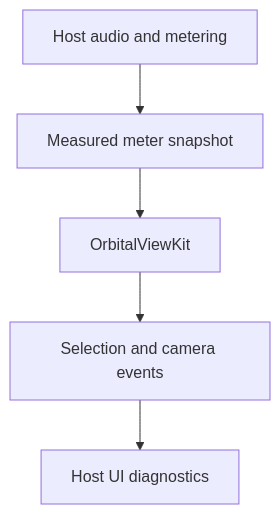
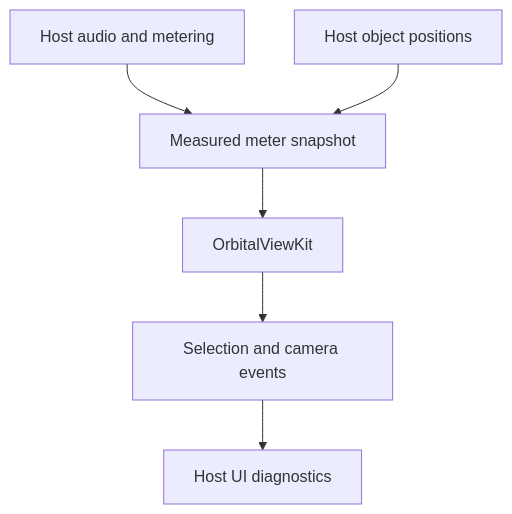
Before and after one commit to jebagu/orbital-view: diagram 11 of 11 in docs/system-flows.md, drawn with Mermaid. The commit also changed other lines of this file and 23 other files, not shown here.

````diff
--- a/docs/system-flows.md
+++ b/docs/system-flows.md
@@ -128,7 +156,8 @@
 ```mermaid
 flowchart TD
   Audio["Host audio and metering"] --> Snapshot["Measured meter snapshot"]
+  Objects["Host object positions"] --> Snapshot
   Snapshot --> Viewport["OrbitalViewKit"]
   Viewport --> Selection["Selection and camera events"]
   Selection --> HostUI["Host UI diagnostics"]
 ```
````
